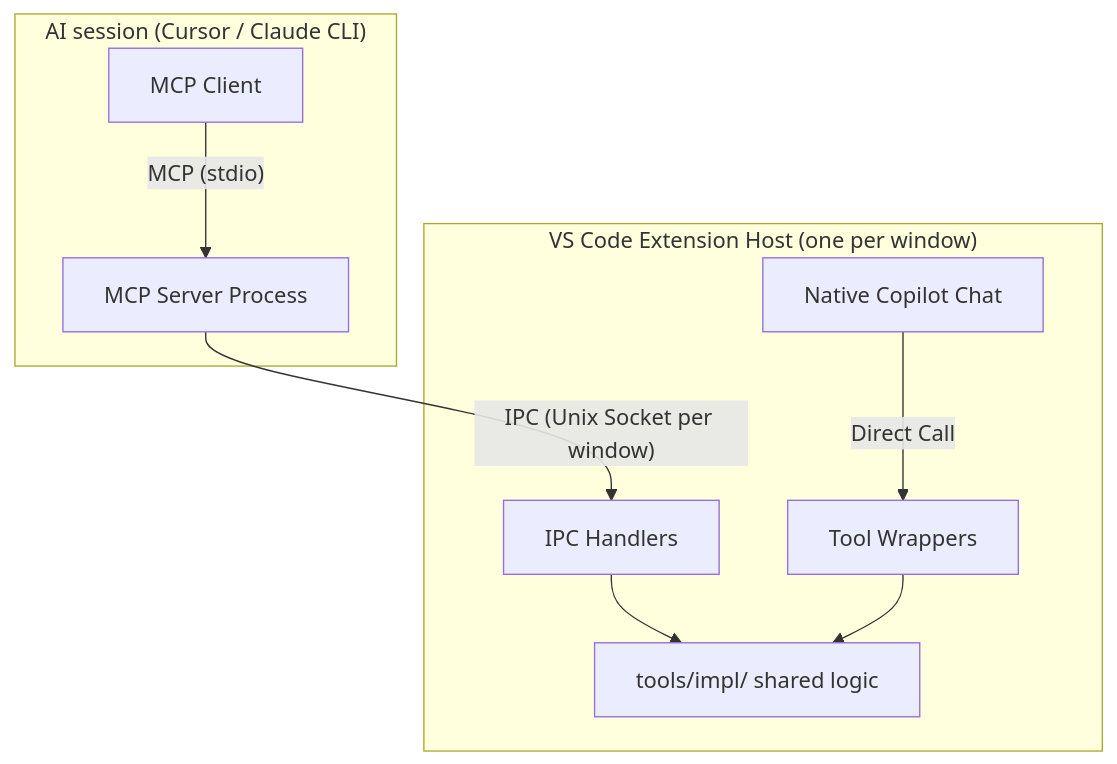
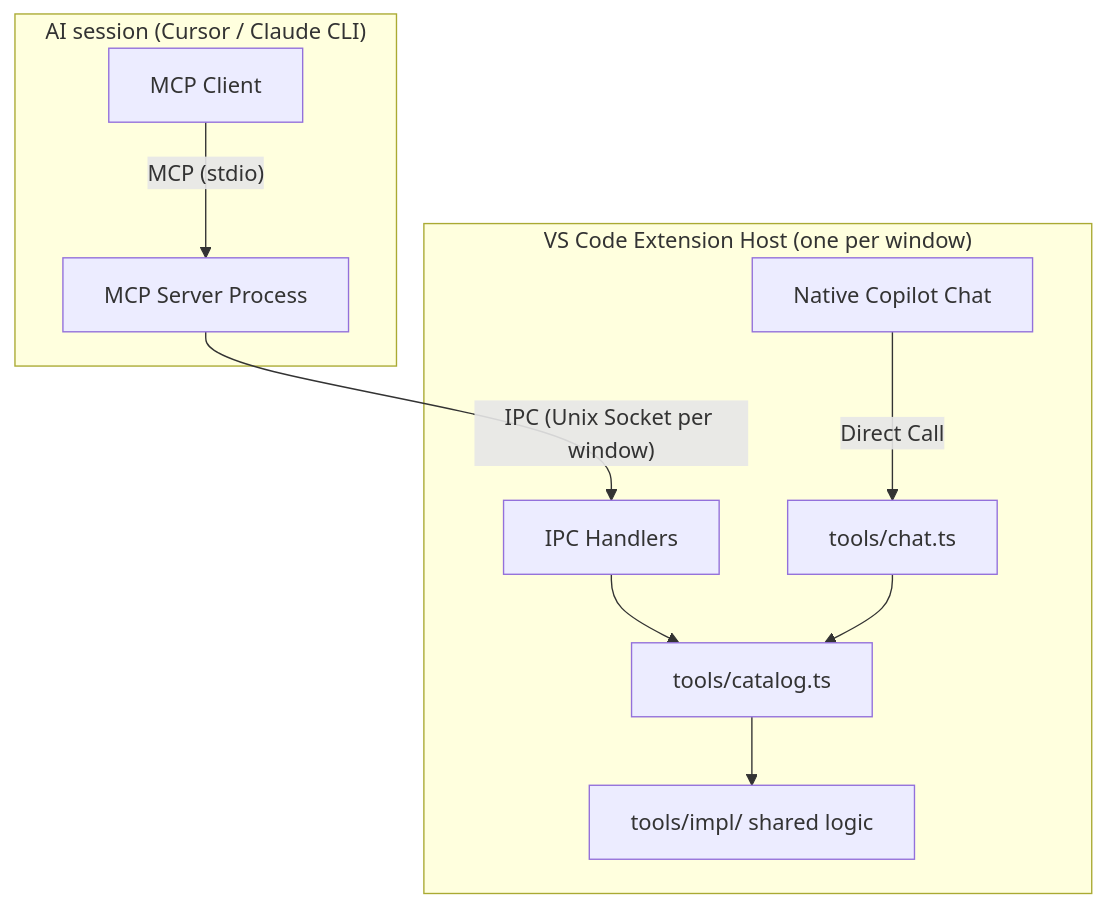
One commit to akash-aman/blackbox changed the diagram in docs/architecture.md. Above: the diagram before and after it, drawn with Mermaid. The commit also changed other lines of this file and 29 other files, not shown here.

````diff
--- a/docs/architecture.md
+++ b/docs/architecture.md
@@ -39,16 +39,17 @@
 ```mermaid
 graph TD
     subgraph "AI session (Cursor / Claude CLI)"
         A[MCP Client] -- "MCP (stdio)" --> B[MCP Server Process]
     end
 
     B -- "IPC (Unix Socket per window)" --> C
 
     subgraph "VS Code Extension Host (one per window)"
         C[IPC Handlers]
-        D[Native Copilot Chat] -- "Direct Call" --> E[Tool Wrappers]
+        D[Native Copilot Chat] -- "Direct Call" --> E[tools/chat.ts]
         
-        C --> F[tools/impl/ shared logic]
-        E --> F
+        C --> G[tools/catalog.ts]
+        E --> G
+        G --> F[tools/impl/ shared logic]
     end
 ```
````
